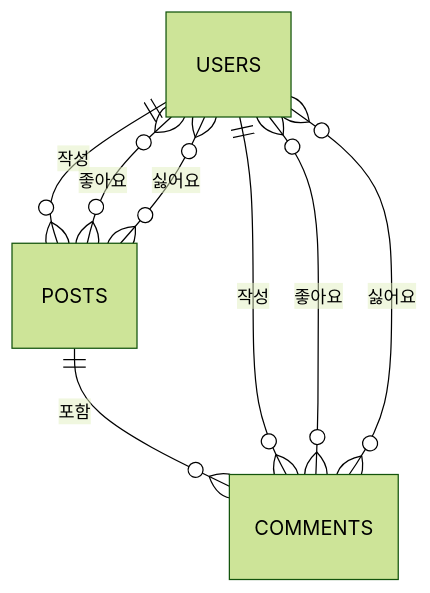
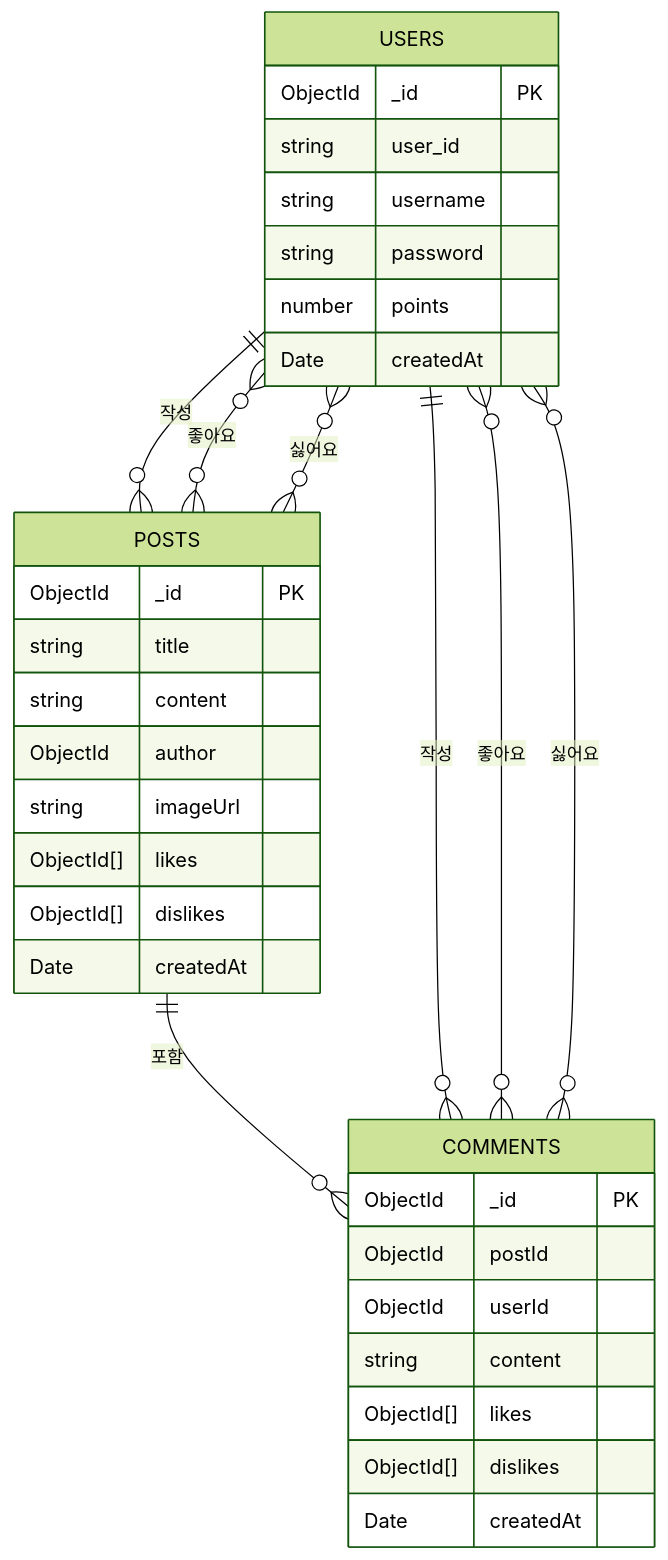
Before and after one commit to HarryKim24/H: the diagram in README.md, drawn with Mermaid (forest theme). The commit also changed other lines of this file, not shown here.

````diff
--- a/README.md
+++ b/README.md
@@ -45,11 +41,40 @@
 ```mermaid
 erDiagram
+    USERS {
+      ObjectId _id PK
+      string user_id
+      string username
+      string password
+      number points
+      Date createdAt
+    }
+
+    POSTS {
+      ObjectId _id PK
+      string title
+      string content
+      ObjectId author
+      string imageUrl
+      ObjectId[] likes
+      ObjectId[] dislikes
+      Date createdAt
+    }
+
+    COMMENTS {
+      ObjectId _id PK
+      ObjectId postId
+      ObjectId userId
+      string content
+      ObjectId[] likes
+      ObjectId[] dislikes
+      Date createdAt
+    }
+
     USERS ||--o{ POSTS : "작성"
     POSTS ||--o{ COMMENTS : "포함"
     USERS ||--o{ COMMENTS : "작성"
     USERS }o--o{ POSTS : "좋아요"
     USERS }o--o{ POSTS : "싫어요"
     USERS }o--o{ COMMENTS : "좋아요"
     USERS }o--o{ COMMENTS : "싫어요"
-
 ```
````
